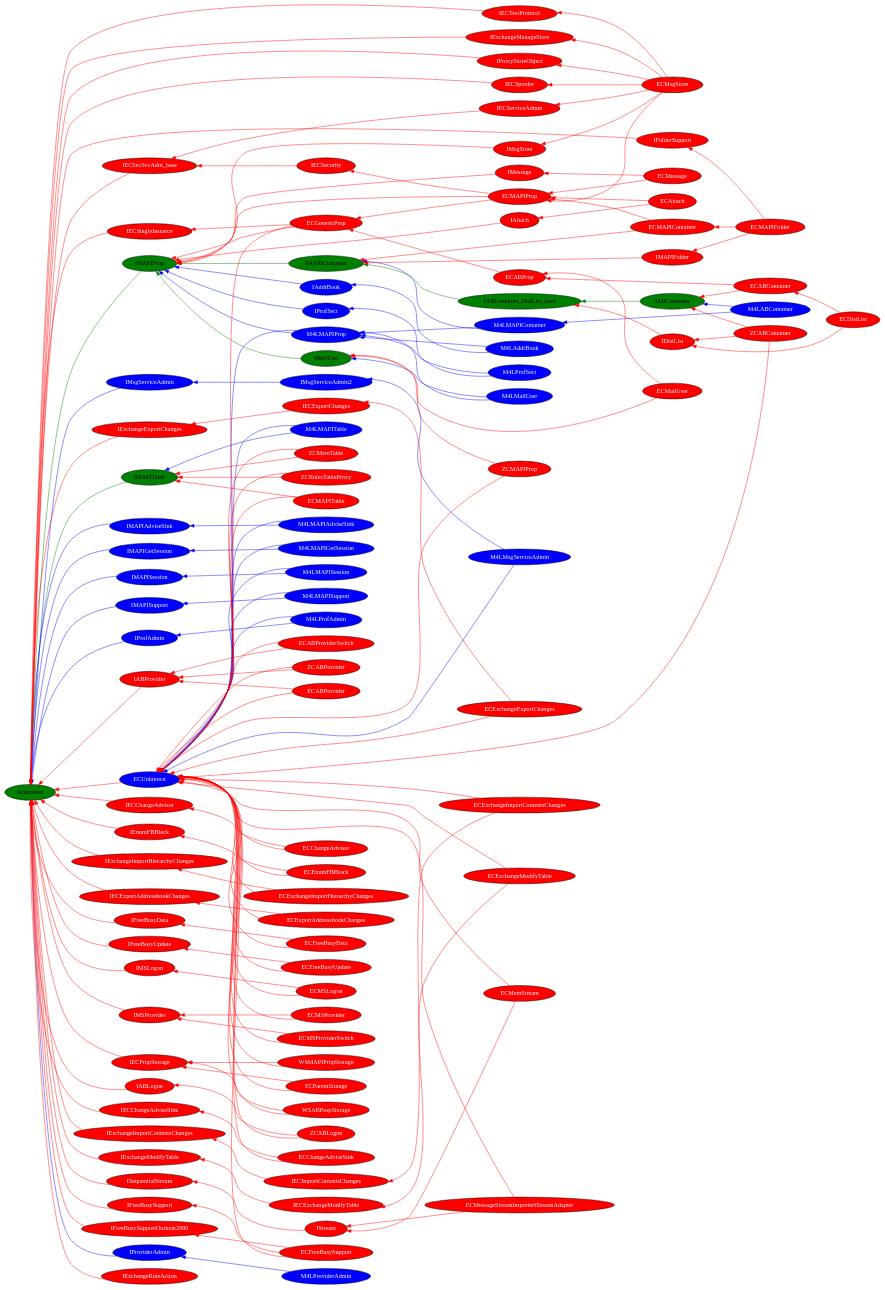
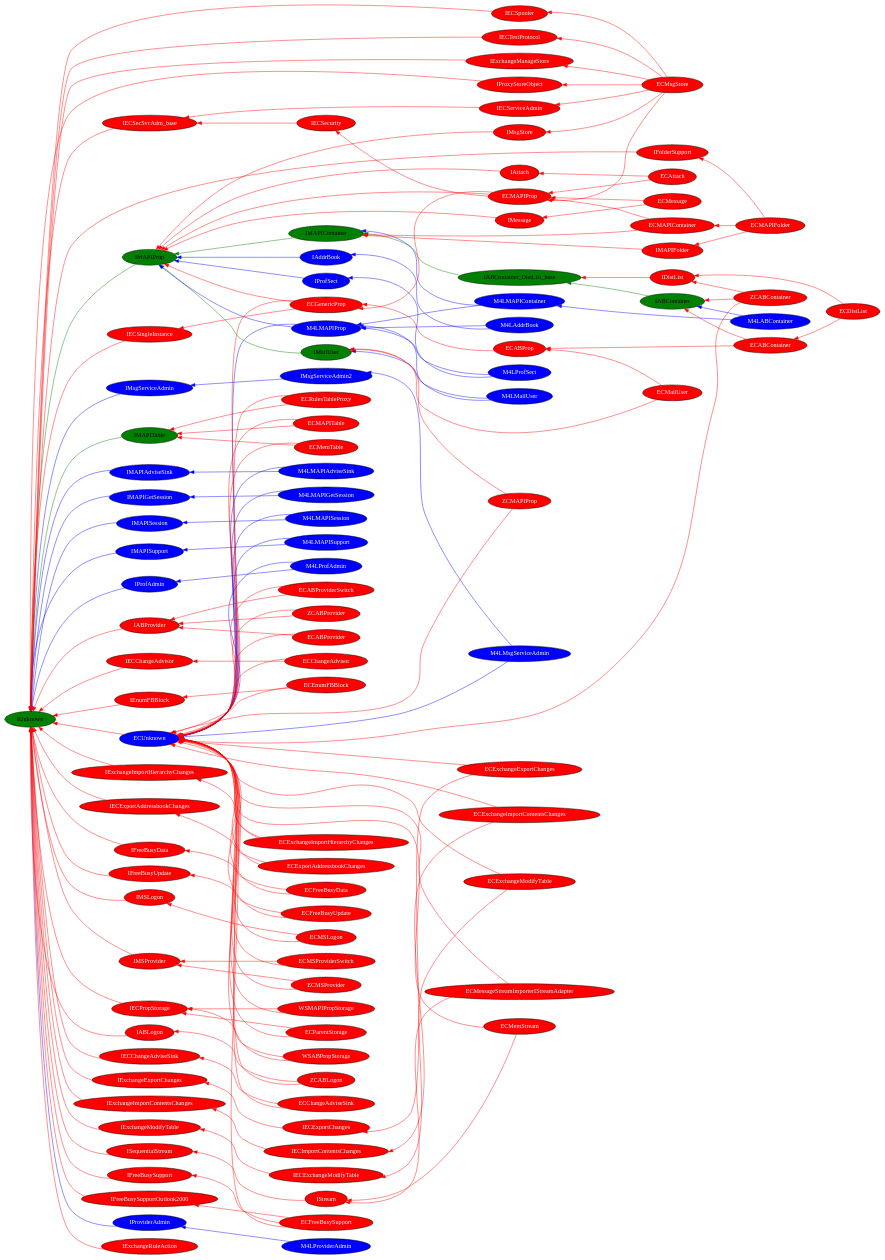
One commit to Kopano-dev/kopano-core changed the diagram in doc/classes.gv. Above: the diagram before and after it, drawn with Graphviz. The commit also changed 2 other files, not shown here.

Commit message:
mapi4linux: remove unused M4LMAPITable class
M4L is not backed by any remote data, so it naturally uses
ECMemTableView to provide the IMAPITable interface and does not need
a M4LMAPITable class of its own.

Fixes: SVN r544 (2005-06-03), r3031 (2006-02-10)
References: KC-1789

```diff
--- a/doc/classes.gv
+++ b/doc/classes.gv
@@ -1,183 +1,181 @@
 /* Interface classes used in provider/client/ */
 digraph {
 	rankdir=RL;
 	node [style=filled,fillcolor=green];
 	edge [color="#008000"];
 	IABContainer -> IABContainer_DistList_base;
 	IABContainer_DistList_base -> IMAPIContainer;
 	IMAPIContainer -> IMAPIProp;
 	IMAPIProp -> IUnknown;
 	IMAPITable -> IUnknown;
 	IMailUser -> IMAPIProp;
 	IUnknown;
 
 	node [fillcolor=blue,fontcolor=white];
 	edge [color=blue];
 	IAddrBook -> IMAPIProp;
 	IMAPIAdviseSink -> IUnknown;
 	IMAPIGetSession -> IUnknown;
 	IMAPISession -> IUnknown;
 	IMAPISupport -> IUnknown;
 	IMsgServiceAdmin -> IUnknown;
 	IMsgServiceAdmin2 -> IMsgServiceAdmin;
 	IProfAdmin -> IUnknown;
 	IProfSect -> IMAPIProp;
 	IProviderAdmin -> IUnknown;
 	M4LABContainer -> IABContainer;
 	M4LABContainer -> M4LMAPIContainer;
 	M4LAddrBook -> IAddrBook;
 	M4LAddrBook -> M4LMAPIProp;
 	M4LMAPIAdviseSink -> IMAPIAdviseSink;
 	M4LMAPIAdviseSink -> ECUnknown;
 	M4LMAPIContainer -> IMAPIContainer;
 	M4LMAPIContainer -> M4LMAPIProp;
 	M4LMAPIGetSession -> IMAPIGetSession;
 	M4LMAPIGetSession -> ECUnknown;
 	M4LMAPIProp -> ECUnknown;
 	M4LMAPIProp -> IMAPIProp;
 	M4LMAPISession -> IMAPISession;
 	M4LMAPISession -> ECUnknown;
 	M4LMAPISupport -> IMAPISupport;
 	M4LMAPISupport -> ECUnknown;
-	M4LMAPITable -> IMAPITable;
-	M4LMAPITable -> ECUnknown;
 	M4LMailUser -> IMailUser;
 	M4LMailUser -> M4LMAPIProp;
 	M4LMsgServiceAdmin -> IMsgServiceAdmin2;
 	M4LMsgServiceAdmin -> ECUnknown;
 	M4LProfAdmin -> IProfAdmin;
 	M4LProfAdmin -> ECUnknown;
 	M4LProfSect -> IProfSect;
 	M4LProfSect -> M4LMAPIProp;
 	M4LProviderAdmin -> IProviderAdmin;
 
 	node [fillcolor=red,fontcolor=white];
 	edge [color=red];
 	ECABContainer -> ECABProp;
 	ECABContainer -> IABContainer;
 	ECABProp -> ECGenericProp;
 	ECABProvider -> ECUnknown;
 	ECABProvider -> IABProvider;
 	ECABProviderSwitch -> ECUnknown;
 	ECABProviderSwitch -> IABProvider;
 	ECAttach -> ECMAPIProp;
 	ECAttach -> IAttach;
 	ECChangeAdvisor -> ECUnknown;
 	ECChangeAdvisor -> IECChangeAdvisor;
 	ECDistList -> ECABContainer;
 	ECDistList -> IDistList;
 	ECEnumFBBlock -> ECUnknown;
 	ECEnumFBBlock -> IEnumFBBlock;
 	ECExchangeExportChanges -> ECUnknown;
 	ECExchangeExportChanges -> IECExportChanges;
 	ECExchangeImportContentsChanges -> ECUnknown;
 	ECExchangeImportContentsChanges -> IECImportContentsChanges;
 	ECExchangeImportHierarchyChanges -> ECUnknown;
 	ECExchangeImportHierarchyChanges -> IExchangeImportHierarchyChanges;
 	ECExchangeModifyTable -> ECUnknown;
 	ECExchangeModifyTable -> IECExchangeModifyTable;
 	ECExportAddressbookChanges -> ECUnknown;
 	ECExportAddressbookChanges -> IECExportAddressbookChanges;
 	ECFreeBusyData -> ECUnknown;
 	ECFreeBusyData -> IFreeBusyData;
 	ECFreeBusySupport -> ECUnknown;
 	ECFreeBusySupport -> IFreeBusySupport;
 	ECFreeBusySupport -> IFreeBusySupportOutlook2000;
 	ECFreeBusyUpdate -> ECUnknown;
 	ECFreeBusyUpdate -> IFreeBusyUpdate;
 	ECGenericProp -> ECUnknown;
 	ECGenericProp -> IECSingleInstance;
 	ECGenericProp -> IMAPIProp;
 	ECMAPIContainer -> ECMAPIProp;
 	ECMAPIContainer -> IMAPIContainer;
 	ECMAPIFolder -> ECMAPIContainer;
 	ECMAPIFolder -> IFolderSupport;
 	ECMAPIFolder -> IMAPIFolder;
 	ECMAPIProp -> ECGenericProp;
 	ECMAPIProp -> IECSecurity;
 	ECMAPIProp -> IMAPIProp;
 	ECMAPITable -> ECUnknown;
 	ECMAPITable -> IMAPITable;
 	ECMSLogon -> ECUnknown;
 	ECMSLogon -> IMSLogon;
 	ECMSProvider -> ECUnknown;
 	ECMSProvider -> IMSProvider;
 	ECMSProviderSwitch -> ECUnknown;
 	ECMSProviderSwitch -> IMSProvider;
 	ECMailUser -> ECABProp;
 	ECMailUser -> IMailUser;
 	ECMemStream -> ECUnknown;
 	ECMemStream -> IStream;
 	ECMemTable -> ECUnknown;
 	ECMemTable -> IMAPITable;
 	ECMessage -> ECMAPIProp;
 	ECMessage -> IMessage;
 	ECMessageStreamImporterIStreamAdapter -> ECUnknown;
 	ECMessageStreamImporterIStreamAdapter -> IStream;
 	ECMsgStore -> ECMAPIProp;
 	ECMsgStore -> IECServiceAdmin;
 	ECMsgStore -> IECSpooler;
 	ECMsgStore -> IECTestProtocol;
 	ECMsgStore -> IExchangeManageStore;
 	ECMsgStore -> IMsgStore;
 	ECMsgStore -> IProxyStoreObject;
 	ECParentStorage -> ECUnknown;
 	ECParentStorage -> IECPropStorage;
 	ECRulesTableProxy -> ECUnknown;
 	ECRulesTableProxy -> IMAPITable;
 	ECUnknown -> IUnknown;
 	IABProvider -> IUnknown;
 	IAttach -> IMAPIProp;
 	IDistList -> IABContainer_DistList_base;
 	IECChangeAdvisor -> IUnknown;
 	IECExchangeModifyTable -> IExchangeModifyTable;
 	IECExportAddressbookChanges -> IUnknown;
 	IECExportChanges -> IExchangeExportChanges;
 	IECImportContentsChanges -> IExchangeImportContentsChanges;
 	IECPropStorage -> IUnknown;
 	IECSecSvcAdm_base -> IUnknown;
 	IECSecurity -> IECSecSvcAdm_base;
 	IECServiceAdmin -> IECSecSvcAdm_base;
 	IECSingleInstance -> IUnknown;
 	IECSpooler -> IUnknown;
 	IECTestProtocol -> IUnknown;
 	IEnumFBBlock -> IUnknown;
 	IExchangeExportChanges -> IUnknown;
 	IExchangeImportContentsChanges -> IUnknown;
 	IExchangeImportHierarchyChanges -> IUnknown;
 	IExchangeManageStore -> IUnknown;
 	IExchangeModifyTable -> IUnknown;
 	IExchangeRuleAction -> IUnknown;
 	IFolderSupport -> IUnknown;
 	IFreeBusyData -> IUnknown;
 	IFreeBusySupport -> IUnknown;
 	IFreeBusySupportOutlook2000 -> IUnknown;
 	IFreeBusyUpdate -> IUnknown;
 	IMAPIFolder -> IMAPIContainer;
 	IMSLogon -> IUnknown;
 	IMSProvider -> IUnknown;
 	IMessage -> IMAPIProp;
 	IMsgStore -> IMAPIProp;
 	IProxyStoreObject -> IUnknown;
 	ISequentialStream -> IUnknown;
 	IStream -> ISequentialStream;
 	WSABPropStorage -> ECUnknown;
 	WSABPropStorage -> IECPropStorage;
 	WSMAPIPropStorage -> ECUnknown;
 	WSMAPIPropStorage -> IECPropStorage;
 
 	IABLogon -> IUnknown;
 	ZCABContainer -> ECUnknown;
 	ZCABContainer -> IABContainer;
 	ZCABContainer -> IDistList;
 	ZCABLogon -> ECUnknown;
 	ZCABLogon -> IABLogon;
 	ZCABProvider -> ECUnknown;
 	ZCABProvider -> IABProvider;
 	ZCMAPIProp -> ECUnknown;
 	ZCMAPIProp -> IMailUser;
 
 	ECChangeAdviseSink -> ECUnknown;
 	ECChangeAdviseSink -> IECChangeAdviseSink;
 	IECChangeAdviseSink -> IUnknown;
 }
```
